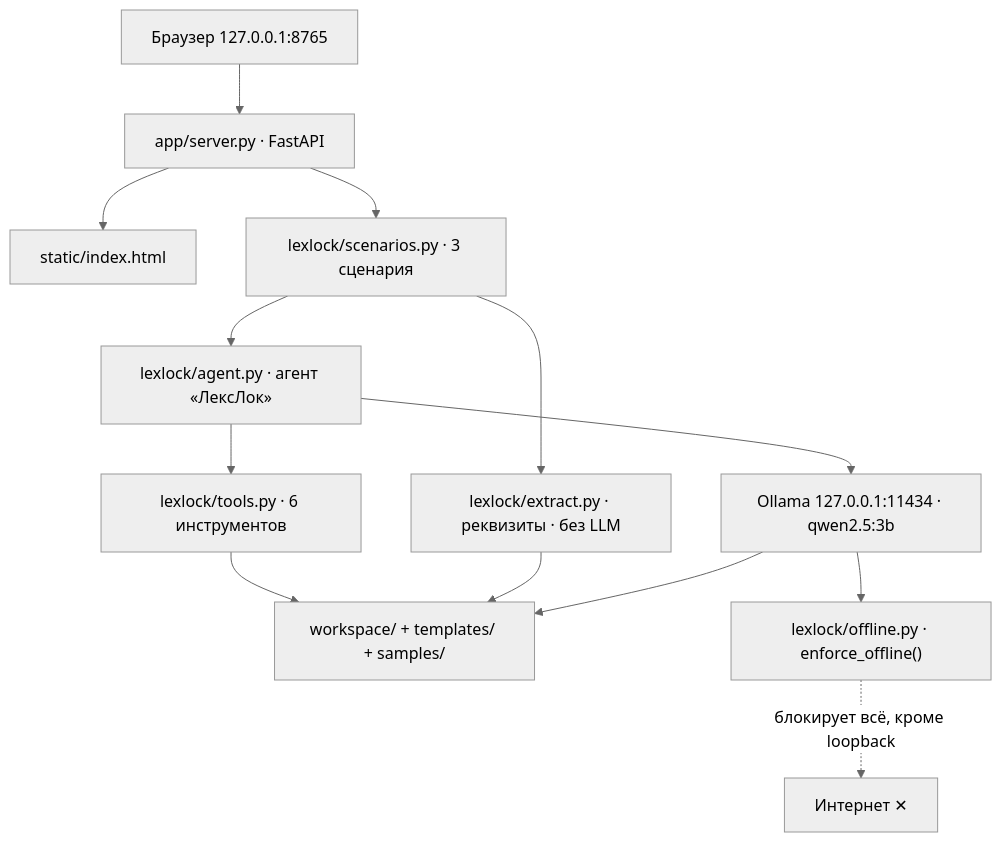
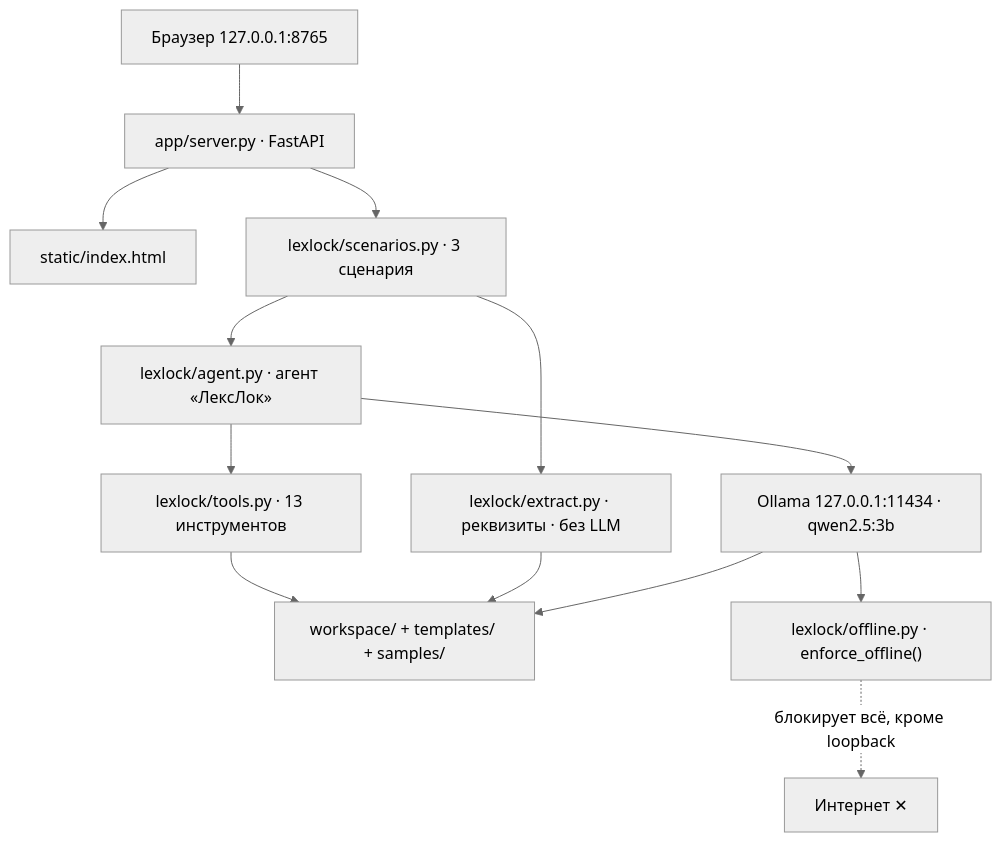
The diagram in docs/01 Архитектура.md (workihi53-max/lexlock), drawn with Mermaid (neutral theme) before and after one commit. The commit also changed other lines of this file and 13 other files, not shown here.

````diff
--- a/docs/01 Архитектура.md
+++ b/docs/01 Архитектура.md
@@ -26,15 +26,15 @@
 ```mermaid
 graph TD
     Browser["Браузер 127.0.0.1:8765"] --> Server["app/server.py · FastAPI"]
     Server --> Page["static/index.html"]
     Server --> Scen["lexlock/scenarios.py · 3 сценария"]
     Scen --> Agent["lexlock/agent.py · агент «ЛексЛок»"]
     Scen --> Extract["lexlock/extract.py · реквизиты · без LLM"]
-    Agent --> Tools["lexlock/tools.py · 6 инструментов"]
+    Agent --> Tools["lexlock/tools.py · 13 инструментов"]
     Agent --> Ollama["Ollama 127.0.0.1:11434 · qwen2.5:3b"]
     Tools --> Store["workspace/ + templates/ + samples/"]
     Extract --> Store
     Ollama --> Store
     Ollama --> Offline["lexlock/offline.py · enforce_offline()"]
     Offline -. "блокирует всё, кроме loopback" .-> Internet["Интернет ✕"]
 ```
````
